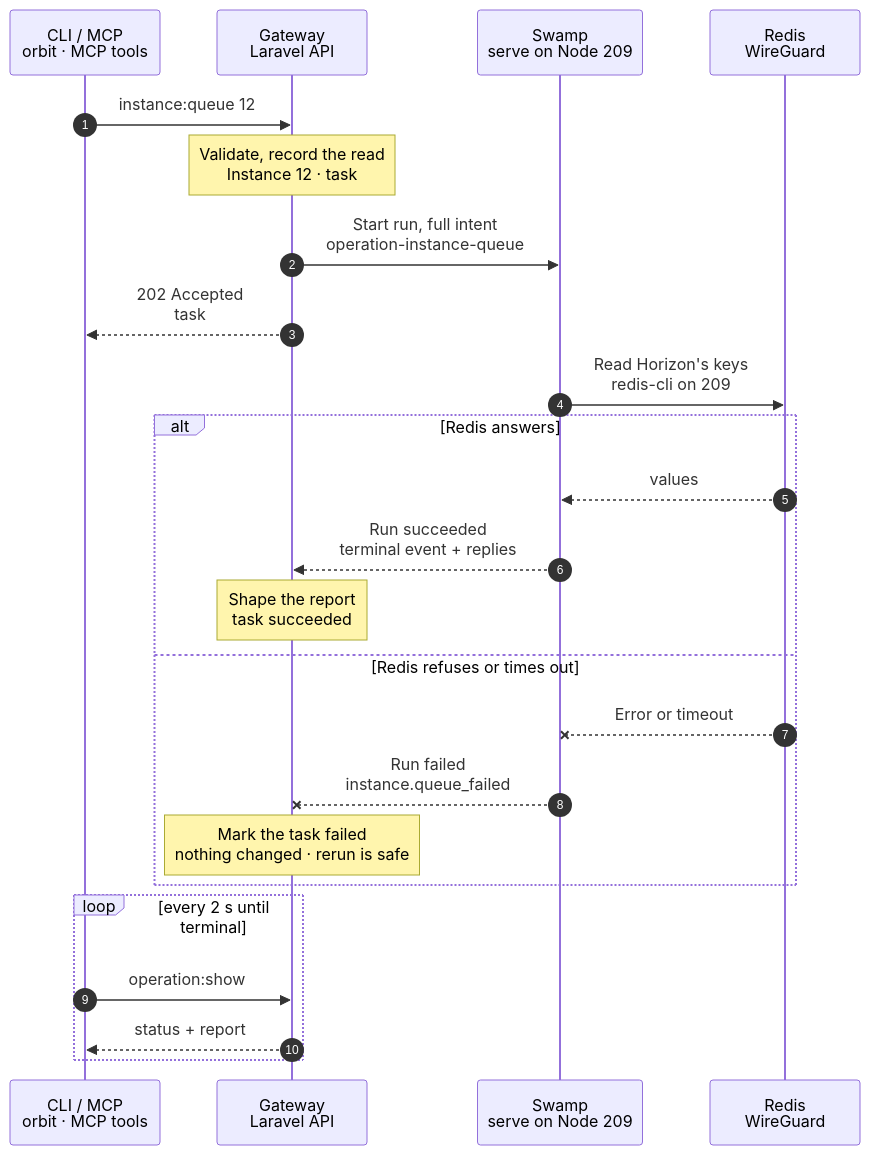
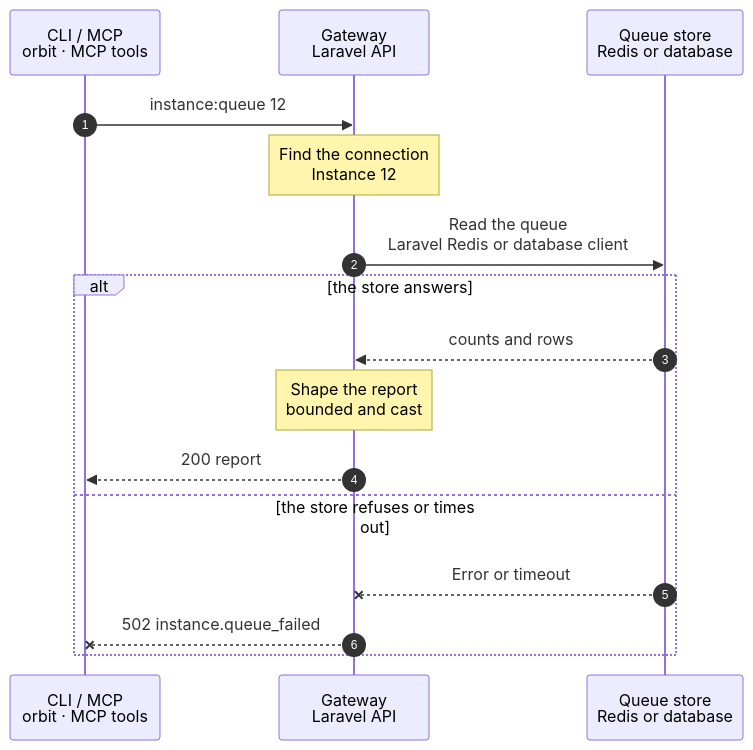
Before and after one commit to hardimpactdev/orbit: the diagram in docs/cli/instance/queue.mmd, drawn with Mermaid.

Commit message:
docs(instance): chart instance:queue as a direct Gateway read
Per Nick: the Gateway reads the queue through the Instance's registered
connection with its own PHP and Laravel's Redis and database clients. No Swamp
step, no redis-cli, no application code. The report drops what needs Horizon
internals.

```diff
--- a/docs/cli/instance/queue.mmd
+++ b/docs/cli/instance/queue.mmd
@@ -1,86 +1,56 @@
 sequenceDiagram
-  %% Target design: orchestrator 2026-11-06, agent strip blocker (b). Decided by the orchestrator, for Nick's review: the queue is live application data, so it takes the path of database:query. The Gateway records the read, a Swamp step reads the Instance's registered Redis connection, and no agent runs. Decided by the orchestrator, for Nick's review: the report keeps what Horizon's Redis data holds without running the application; it drops jobs_per_minute, which needs Horizon's metrics snapshots.
+  %% Target design: Nick 2026-11-06, agent strip (b): the queue is live application data. The Gateway reads it through the Instance's registered connection, with its own PHP and Laravel's Redis and database clients. No agent, no Swamp step, no application code. Decided by the orchestrator, for Nick's review: the report drops what needs Horizon's internals (jobs_per_minute, process counts, the completed list, the Horizon status and dashboard link) and keeps what the queue store itself holds.
   %% status: draft
   %% command: instance:queue
   %% kind: instance.queue
   autonumber
   %% lane CLI icon=terminal pill=caller tone=gray
   %% lane GW icon=gateway pill=intent tone=blue
-  %% lane SW icon=workflow pill=executes tone=green
-  %% lane R icon=database pill=target tone=amber
+  %% lane S icon=database pill=target tone=amber
   participant CLI as CLI / MCP<br/>orbit · MCP tools
   participant GW as Gateway<br/>Laravel API
-  participant SW as Swamp<br/>serve on Node 209
-  participant R as Redis<br/>WireGuard
+  participant S as Queue store<br/>Redis or database
   CLI->>GW: instance:queue 12
   %%> Command:
   %%> - `orbit instance:queue 12`
-  %%> - syntax: `<instance> [--state=pending|completed|failed] [--limit=N] [--json]`
+  %%> - syntax: `<instance> [--state=pending|failed] [--limit=N] [--json]`
   %%> Input:
   %%> - the Instance ID
   %%> Not included:
   %%> - `--state` (default pending) and `--limit` (1 to 50, default 50) only change which jobs the report lists
-  Note over GW: Validate, record the read<br/>Instance 12 · task #5171
+  Note over GW: Find the connection<br/>Instance 12
   %%> Requirements:
   %%> - your Node has an access grant to the Instance's Node
-  %%> - the Instance owns a systemd Process whose command is `<php> artisan horizon`, and has a registered Redis connection with prefix REDIS, or the report is `available: false`
+  %%> - the stored environment has `QUEUE_CONNECTION=redis` and a registered Redis connection with prefix REDIS, or `QUEUE_CONNECTION=database` and a registered mysql or pgsql connection with prefix DB; otherwise the report is `available: false`
+  %%> - the Gateway takes the queue names and the key prefix from the stored environment, as Laravel does
   %%> Where the credential lives:
-  %%> - the Gateway stores the connection's password encrypted; at start it copies the password into the Swamp vault as `queue-read-intent-5171` (R3)
-  %%> Result:
-  %%> - task #5171 recorded with the full intent: the connection's host and port, the Horizon key prefix from the stored environment, and the state and limit; no lock, because a read changes nothing
-  GW->>SW: Start run, full intent<br/>operation-instance-queue
-  %%> What it does:
-  %%> - starts one Swamp run on serve (Node 209)
-  %%> Inputs:
-  %%> - the host, port and key prefix, the state and the limit
-  %%> - the vault key name of the password, never the value
-  GW-->>CLI: 202 Accepted<br/>task #5171
-  %%> What you get:
-  %%> - the task number, at once
-  %%> Next:
-  %%> - the CLI waits with progress, as for other tasks; a read is a short run, usually a few seconds
-  SW->>R: Read Horizon's keys<br/>redis-cli on 209
+  %%> - the Gateway stores the connection's password encrypted and uses it in its own process; nothing is copied to a vault
+  GW->>S: Read the queue<br/>Laravel Redis or database client
   %%> How:
-  %%> - the `redis-cli` client that the `swamp` role installs on 209; 209 reaches the host over WireGuard, with no SSH hop
-  %%> - only read commands: ZCARD, ZREVRANGE, LLEN, SCARD and HMGET, sent in one pipeline; the password reaches the client on stdin
-  %%> Reads:
-  %%> - masters and their status, the supervisors' process counts
-  %%> - the job counts of the three states, and the newest ids in the chosen state
-  %%> - for each id, only the hash fields `name`, `queue`, `status`, `completed_at`, `failed_at` and `exception`; never `payload`
-  %%> - each queue's length
-  %%> Both:
-  %%> - a 30 s limit; the output stops at 64 KiB
-  alt Redis answers
-    R-->>SW: values
+  %%> - the same way the Gateway reaches its own queue Redis: Laravel's client, over WireGuard, with a 5 s timeout
+  %%> - Redis: LLEN of each queue list, ZCARD of its delayed and reserved sets, and LRANGE for the newest pending jobs
+  %%> - database: the `jobs` table counted by queue and by reserved or not, and its newest rows
+  %%> - failed jobs: the Instance's `failed_jobs` table through the registered database connection, newest first
+  %%> - every statement is a read; a job payload is read only to take its `displayName` and is never returned
+  alt the store answers
+    S-->>GW: counts and rows
     %%> Returns:
-    %%> - the raw replies of the pipeline
-    SW-->>GW: Run succeeded<br/>terminal event + replies
-    %%> How the Gateway learns it:
-    %%> - the replies come back as the run's terminal result; its shared run reader sees it; Swamp never calls the Gateway
-    Note over GW: Shape the report<br/>task succeeded
+    %%> - queue lengths, the failed count, and up to `limit` rows of the chosen state
+    Note over GW: Shape the report<br/>bounded and cast
     %%> What it does:
-    %%> - casts and bounds every value again, builds the job links from the Instance's domain, and keeps only the fields of the report
+    %%> - casts and bounds every value, and keeps only the fields of the report
     %%> - the first line of an exception, never its trace
+    GW-->>CLI: 200 report
     %%> Result:
-    %%> - task #5171 succeeds with the report; no password and no job payload in it
-  else Redis refuses or times out
-    R--xSW: Error or timeout
+    %%> - `available`, the totals of pending and failed jobs, one row per queue with its `name` and `length`, and the jobs of `state` with `id`, `name`, `queue`, `pushed_at`, `failed_at` and `exception`
+    %%> - no password and no job payload
+  else the store refuses or times out
+    S--xGW: Error or timeout
     %%> When:
-    %%> - a wrong password, no route to the host, or no answer within 30 s
-    SW--xGW: Run failed<br/>instance.queue_failed
-    %%> The Gateway reads:
-    %%> - a bounded error code and message, without Redis output
-    Note over GW: Mark the task failed<br/>nothing changed · rerun is safe
+    %%> - a wrong password, no route to the host, or no answer within 5 s
+    GW--xCLI: 502 instance.queue_failed
     %%> Result:
-    %%> - task #5171 fails; nothing changed in Redis
+    %%> - a bounded error code and message, without store output; nothing changed
     %%> Retry:
     %%> - run the command again; a read is safe to repeat
   end
-  loop every 2 s until terminal
-    CLI->>GW: operation:show #5171
-    %%> What it does:
-    %%> - asks for the task's status every 2 seconds until it has ended
-    GW-->>CLI: status + report
-    %%> Returns:
-    %%> - the current status, and the report once the task has ended
-  end
```
